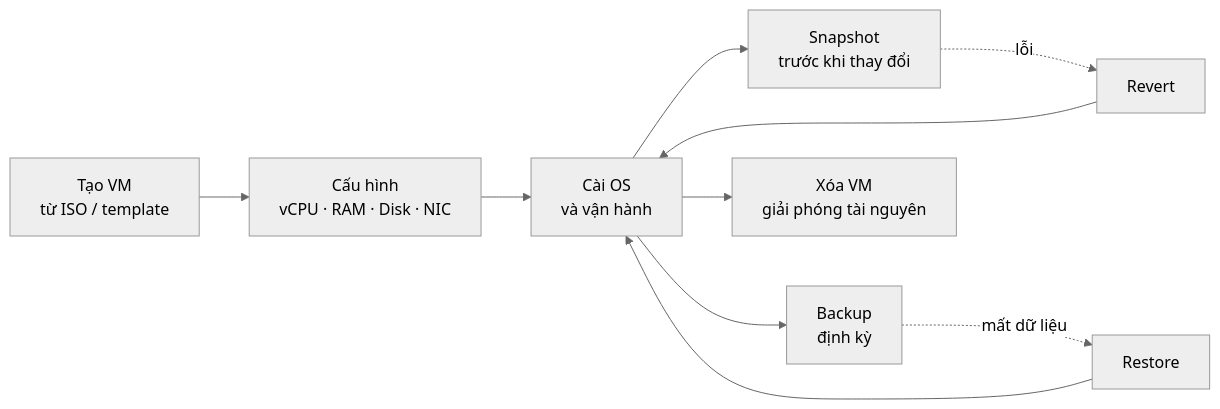
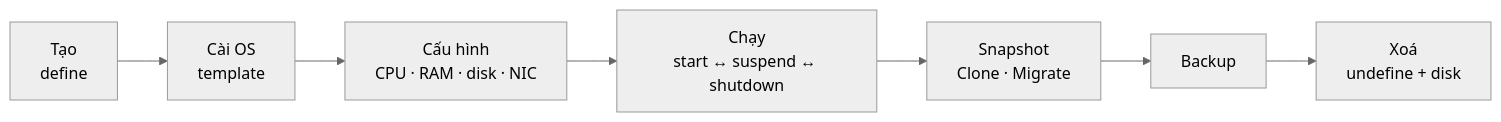
One commit to leluc212/Presentation changed the third of 4 diagrams in slides.md. Above: the diagram before and after it, drawn with Mermaid (neutral theme). The commit also changed other lines of this file and 6 other files, not shown here.

````diff
--- a/slides.md
+++ b/slides.md
@@ -641,11 +797,4 @@
-```mermaid {scale: 0.62}
+```mermaid {scale: 0.58}
 flowchart LR
-  A[Tạo VM<br/>từ ISO / template] --> B[Cấu hình<br/>vCPU · RAM · Disk · NIC] --> C[Cài OS<br/>và vận hành]
-  C --> D[Snapshot<br/>trước khi thay đổi]
-  C --> E[Backup<br/>định kỳ]
-  D -. lỗi .-> F[Revert]
-  E -. mất dữ liệu .-> G[Restore]
-  F --> C
-  G --> C
-  C --> H[Xóa VM<br/>giải phóng tài nguyên]
+  A[Tạo<br/>define] --> B[Cài OS<br/>template] --> C[Cấu hình<br/>CPU · RAM · disk · NIC] --> D[Chạy<br/>start ↔ suspend ↔ shutdown] --> E[Snapshot<br/>Clone · Migrate] --> F[Backup] --> G[Xoá<br/>undefine + disk]
 ```
````
